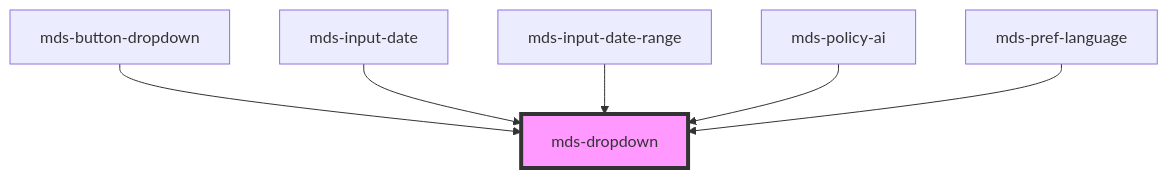
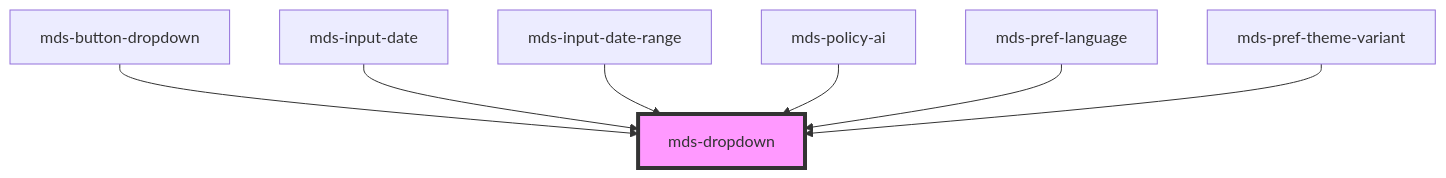
Before and after one commit to magma-design-system/magma: the diagram in projects/stencil/src/components/mds-dropdown/readme.md, drawn with Mermaid. The commit also changed other lines of this file and 4 other files, not shown here.

````diff
--- a/projects/stencil/src/components/mds-dropdown/readme.md
+++ b/projects/stencil/src/components/mds-dropdown/readme.md
@@ -112,9 +113,10 @@
 ```mermaid
 graph TD;
   mds-button-dropdown --> mds-dropdown
   mds-input-date --> mds-dropdown
   mds-input-date-range --> mds-dropdown
   mds-policy-ai --> mds-dropdown
   mds-pref-language --> mds-dropdown
+  mds-pref-theme-variant --> mds-dropdown
   style mds-dropdown fill:#f9f,stroke:#333,stroke-width:4px
 ```
````
